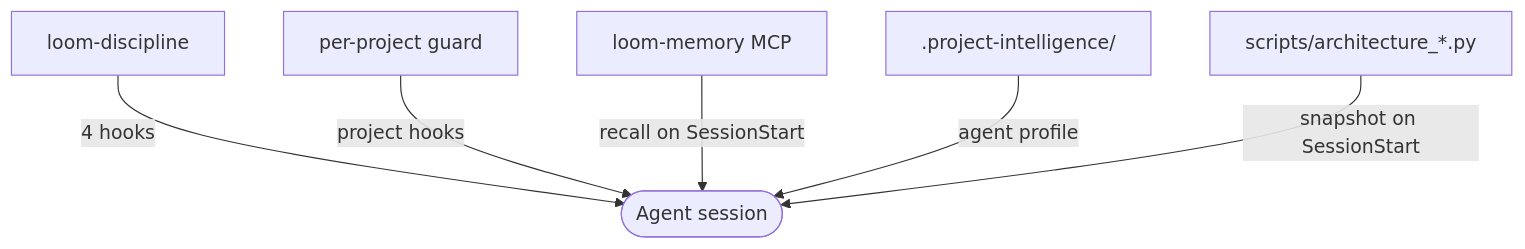
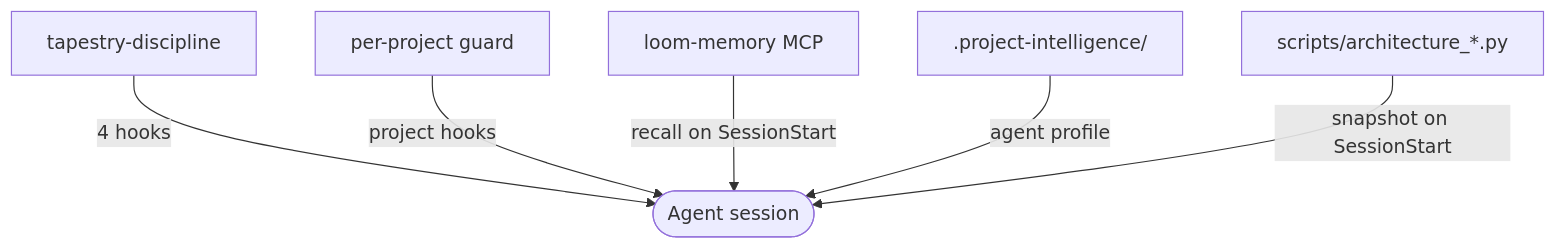
Before and after one commit to Lizo-RoadTown/tapestry: the sixth of 6 diagrams in apps/docs-site/src/content/docs/explanation/discipline-stack.md, drawn with Mermaid. The commit also changed other lines of this file and 10 other files, not shown here.

````diff
--- a/apps/docs-site/src/content/docs/explanation/discipline-stack.md
+++ b/apps/docs-site/src/content/docs/explanation/discipline-stack.md
@@ -137,9 +137,9 @@
 ```mermaid
 flowchart TB
-  PLUGIN1["loom-discipline"] -->|4 hooks| AGENT
+  PLUGIN1["tapestry-discipline"] -->|4 hooks| AGENT
   PLUGIN3["per-project guard"] -->|project hooks| AGENT
   MEMORY["loom-memory MCP"] -->|recall on SessionStart| AGENT
   PI[".project-intelligence/"] -->|agent profile| AGENT
   SNAP["scripts/architecture_*.py"] -->|snapshot on SessionStart| AGENT
   AGENT(["Agent session"])
 ```
````
